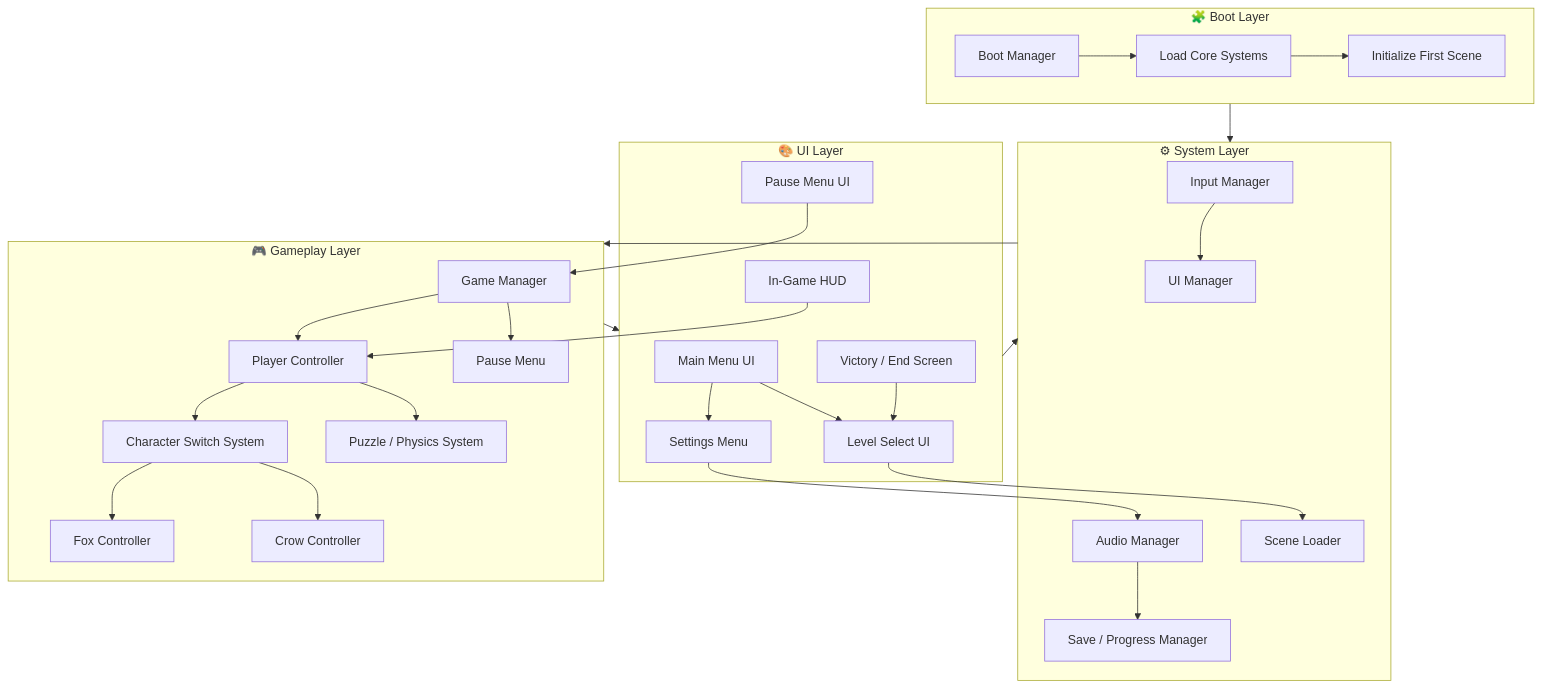
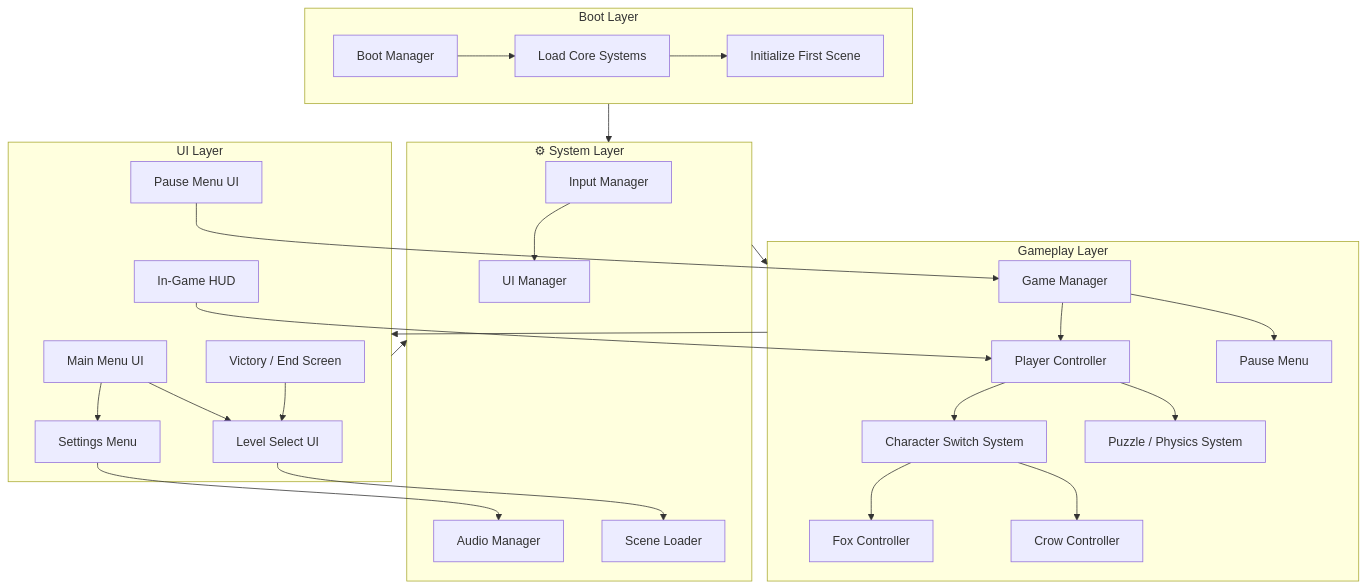
One commit to Justsomeguy241/Out-of-the-box changed the second of 4 diagrams in README.md. Above: the diagram before and after it, drawn with Mermaid.

````diff
--- a/README.md
+++ b/README.md
@@ -51,65 +51,63 @@
 ```mermaid
 graph TD
 
 %% ========== BOOT / INIT ==========
-subgraph Boot_Layer["🧩 Boot Layer"]
+subgraph Boot_Layer["Boot Layer"]
     Boot[Boot Manager]
     LoadSystems[Load Core Systems]
     InitScene[Initialize First Scene]
     Boot --> LoadSystems --> InitScene
 end
 
 %% ========== SYSTEM LAYER ==========
 subgraph System_Layer["⚙ System Layer"]
     InputManager[Input Manager]
     AudioManager[Audio Manager]
-    SaveSystem[Save / Progress Manager]
     SceneLoader[Scene Loader]
     UIManager[UI Manager]
-    AudioManager --> SaveSystem
     InputManager --> UIManager
 end
 
 %% ========== GAMEPLAY LAYER ==========
-subgraph Gameplay_Layer["🎮 Gameplay Layer"]
+subgraph Gameplay_Layer["Gameplay Layer"]
     GameManager[Game Manager]
     PlayerController[Player Controller]
     SwitchSystem[Character Switch System]
     Fox[Fox Controller]
     Crow[Crow Controller]
     PuzzleSystem[Puzzle / Physics System]
     PauseMenu[Pause Menu]
     
     GameManager --> PlayerController
     PlayerController --> SwitchSystem
     SwitchSystem --> Fox
     SwitchSystem --> Crow
     PlayerController --> PuzzleSystem
     GameManager --> PauseMenu
 end
 
 %% ========== UI LAYER ==========
-subgraph UI_Layer["🎨 UI Layer"]
+subgraph UI_Layer["UI Layer"]
     MainMenu[Main Menu UI]
     LevelSelect[Level Select UI]
     SettingsUI[Settings Menu]
     PauseUI[Pause Menu UI]
     VictoryScreen[Victory / End Screen]
     HUD[In-Game HUD]
     
     MainMenu --> LevelSelect
     MainMenu --> SettingsUI
     LevelSelect --> SceneLoader
     PauseUI --> GameManager
     HUD --> PlayerController
     SettingsUI --> AudioManager
     VictoryScreen --> LevelSelect
 end
 
 %% ========== CONNECTIONS BETWEEN LAYERS ==========
 Boot_Layer --> System_Layer
 System_Layer --> Gameplay_Layer
 Gameplay_Layer --> UI_Layer
 UI_Layer --> System_Layer
 
 ```
````
